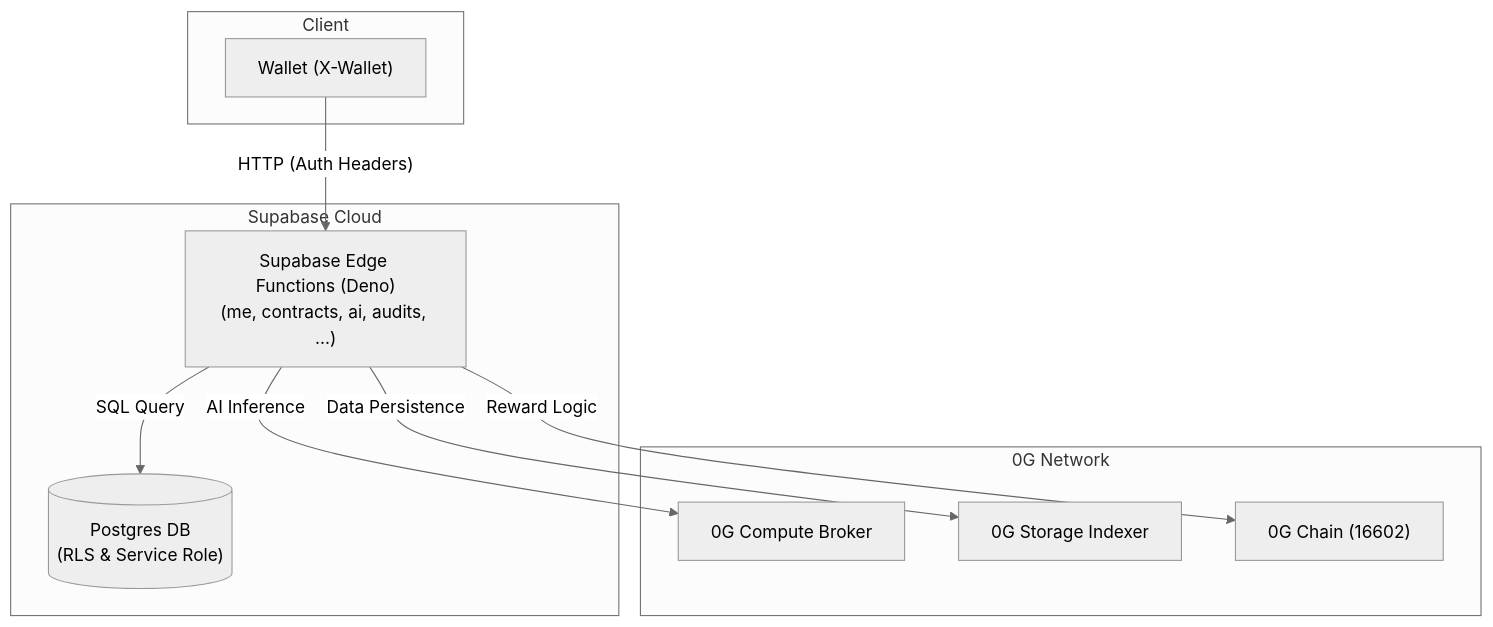
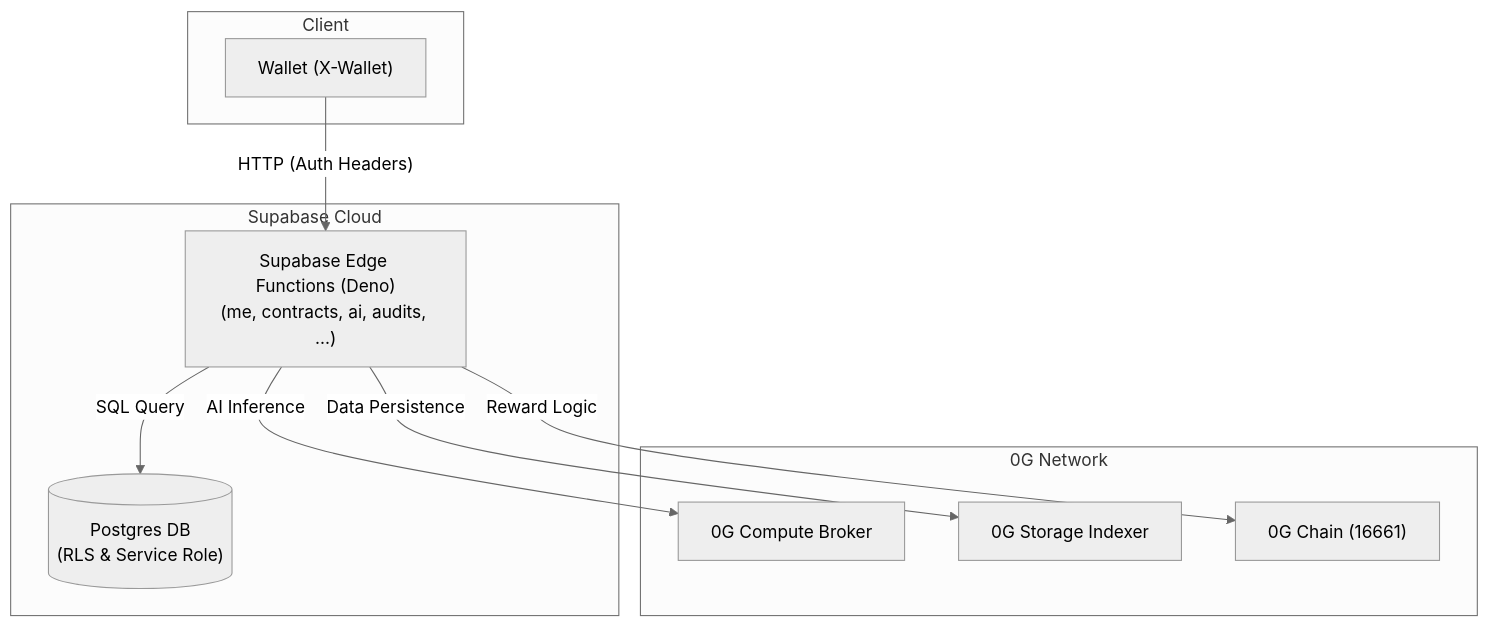
One commit to we-are-lumen/ZeroVuln changed the first of 3 diagrams in be/README.md. Above: the diagram before and after it, drawn with Mermaid (neutral theme). The commit also changed other lines of this file and 19 other files, not shown here.

````diff
--- a/be/README.md
+++ b/be/README.md
@@ -34,23 +34,23 @@
 ```mermaid
 graph TD
     subgraph Client
       Wallet["Wallet (X-Wallet)"]
     end
 
     subgraph "Supabase Cloud"
       BE["Supabase Edge Functions (Deno)<br/>(me, contracts, ai, audits, ...)"]
       DB[("Postgres DB<br/>(RLS & Service Role)")]
     end
 
     subgraph "0G Network"
       Broker["0G Compute Broker"]
       Storage["0G Storage Indexer"]
-      Chain["0G Chain (16602)"]
+      Chain["0G Chain (16661)"]
     end
 
     Wallet -- "HTTP (Auth Headers)" --> BE
     BE -- "SQL Query" --> DB
     BE -- "AI Inference" --> Broker
     BE -- "Data Persistence" --> Storage
     BE -- "Reward Logic" --> Chain
 ```
````
